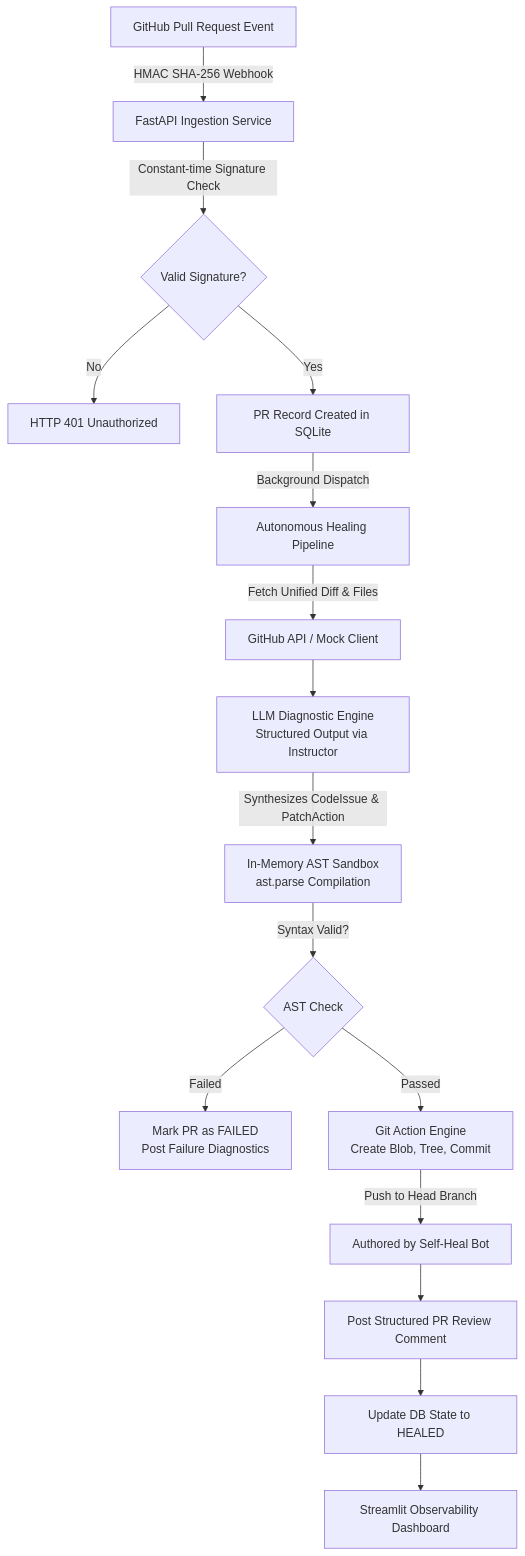
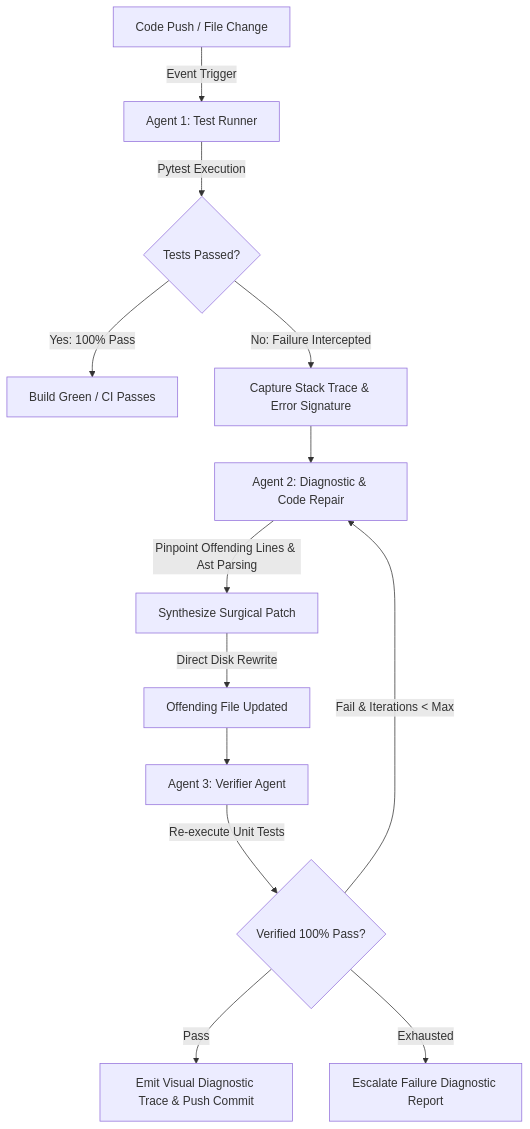
Before and after one commit to shreeyadewangan15/Self-Heal-Git: the diagram in self_heal_git/README.md, drawn with Mermaid. The commit also changed other lines of this file and 1 other file, not shown here.

Commit message:
docs: comprehensive README with 3-agent architecture, benchmark, and setup guide

````diff
--- a/self_heal_git/README.md
+++ b/self_heal_git/README.md
@@ -17,18 +15,15 @@
 ```mermaid
 flowchart TD
-    A[GitHub Pull Request Event] -->|HMAC SHA-256 Webhook| B[FastAPI Ingestion Service]
-    B -->|Constant-time Signature Check| C{Valid Signature?}
-    C -->|No| D[HTTP 401 Unauthorized]
-    C -->|Yes| E[PR Record Created in SQLite]
-    E -->|Background Dispatch| F[Autonomous Healing Pipeline]
-    F -->|Fetch Unified Diff & Files| G[GitHub API / Mock Client]
-    G --> H[LLM Diagnostic Engine<br/>Structured Output via Instructor]
-    H -->|Synthesizes CodeIssue & PatchAction| I[In-Memory AST Sandbox<br/>ast.parse Compilation]
-    I -->|Syntax Valid?| J{AST Check}
-    J -->|Failed| K[Mark PR as FAILED<br/>Post Failure Diagnostics]
-    J -->|Passed| L[Git Action Engine<br/>Create Blob, Tree, Commit]
-    L -->|Push to Head Branch| M[Authored by Self-Heal Bot]
-    M --> N[Post Structured PR Review Comment]
-    N --> O[Update DB State to HEALED]
-    O --> P[Streamlit Observability Dashboard]
+    A[Code Push / File Change] -->|Event Trigger| B[Agent 1: Test Runner]
+    B -->|Pytest Execution| C{Tests Passed?}
+    C -->|Yes: 100% Pass| D[Build Green / CI Passes]
+    C -->|No: Failure Intercepted| E[Capture Stack Trace & Error Signature]
+    E --> F[Agent 2: Diagnostic & Code Repair]
+    F -->|Pinpoint Offending Lines & Ast Parsing| G[Synthesize Surgical Patch]
+    G -->|Direct Disk Rewrite| H[Offending File Updated]
+    H --> I[Agent 3: Verifier Agent]
+    I -->|Re-execute Unit Tests| J{Verified 100% Pass?}
+    J -->|Pass| K[Emit Visual Diagnostic Trace & Push Commit]
+    J -->|Fail & Iterations < Max| F
+    J -->|Exhausted| L[Escalate Failure Diagnostic Report]
 ```
````
